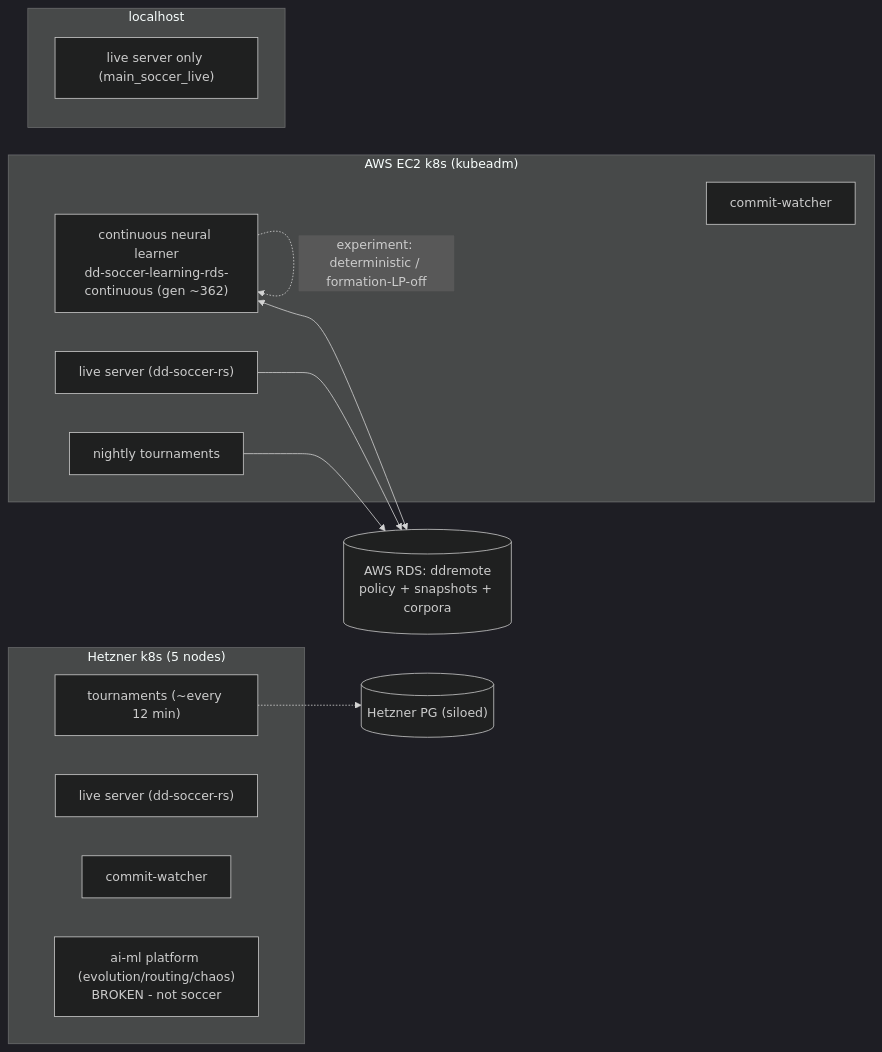
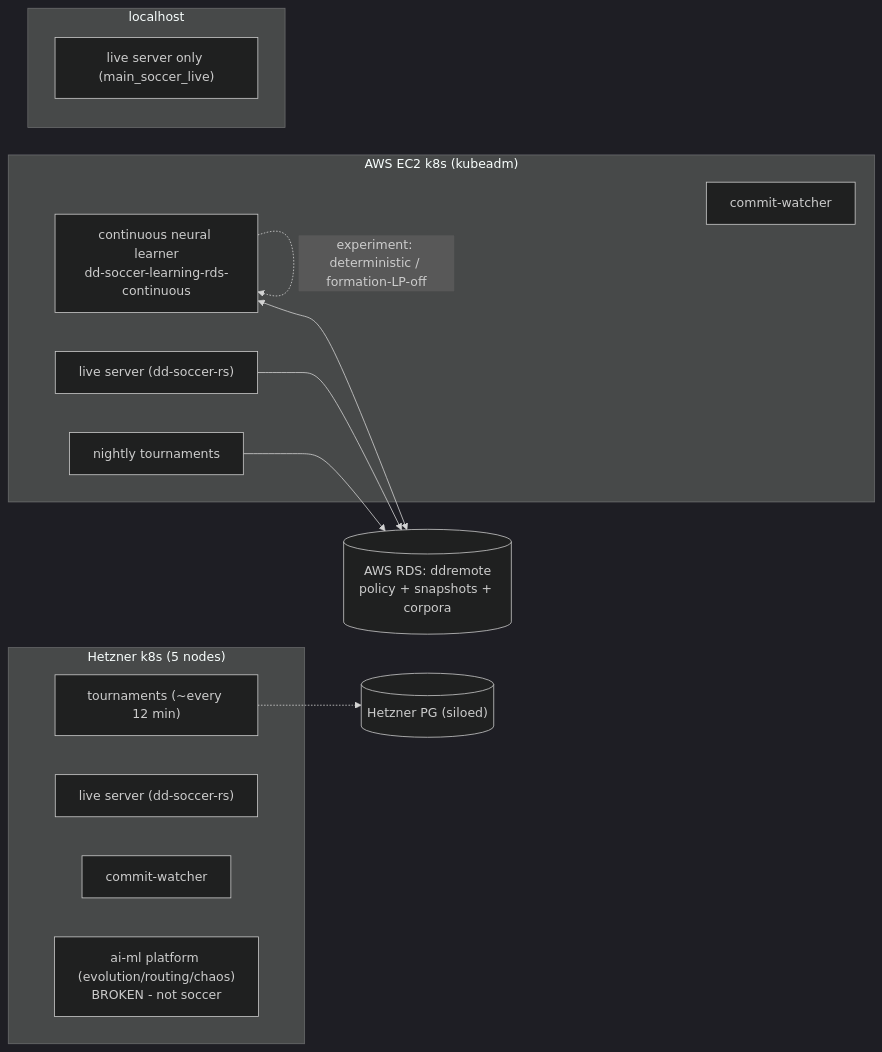
One commit to akrion-sim/akrion-soccer-engine-rs changed the second of 2 diagrams in docs/learning-architecture.md. Above: the diagram before and after it, drawn with Mermaid (dark theme). The commit also changed other lines of this file and 15 other files, not shown here.

````diff
--- a/docs/learning-architecture.md
+++ b/docs/learning-architecture.md
@@ -98,25 +99,25 @@
 ```mermaid
 flowchart LR
     subgraph AWS["AWS EC2 k8s (kubeadm)"]
-        AL["continuous neural learner<br/>dd-soccer-learning-rds-continuous (gen ~362)"]
+        AL["continuous neural learner<br/>dd-soccer-learning-rds-continuous"]
         AT["nightly tournaments"]
         AR["live server (dd-soccer-rs)"]
         ACW["commit-watcher"]
     end
     subgraph HET["Hetzner k8s (5 nodes)"]
         HT["tournaments (~every 12 min)"]
         HR["live server (dd-soccer-rs)"]
         HCW["commit-watcher"]
         HX["ai-ml platform (evolution/routing/chaos)<br/>BROKEN - not soccer"]
     end
     subgraph LOC["localhost"]
         LR["live server only (main_soccer_live)"]
     end
     RDS[("AWS RDS: ddremote<br/>policy + snapshots + corpora")]
 
     AL <--> RDS
     AR --> RDS
     AT --> RDS
     HT -.-> HPG[("Hetzner PG (siloed)")]
     AL -.->|experiment: deterministic / formation-LP-off| AL
 ```
````
